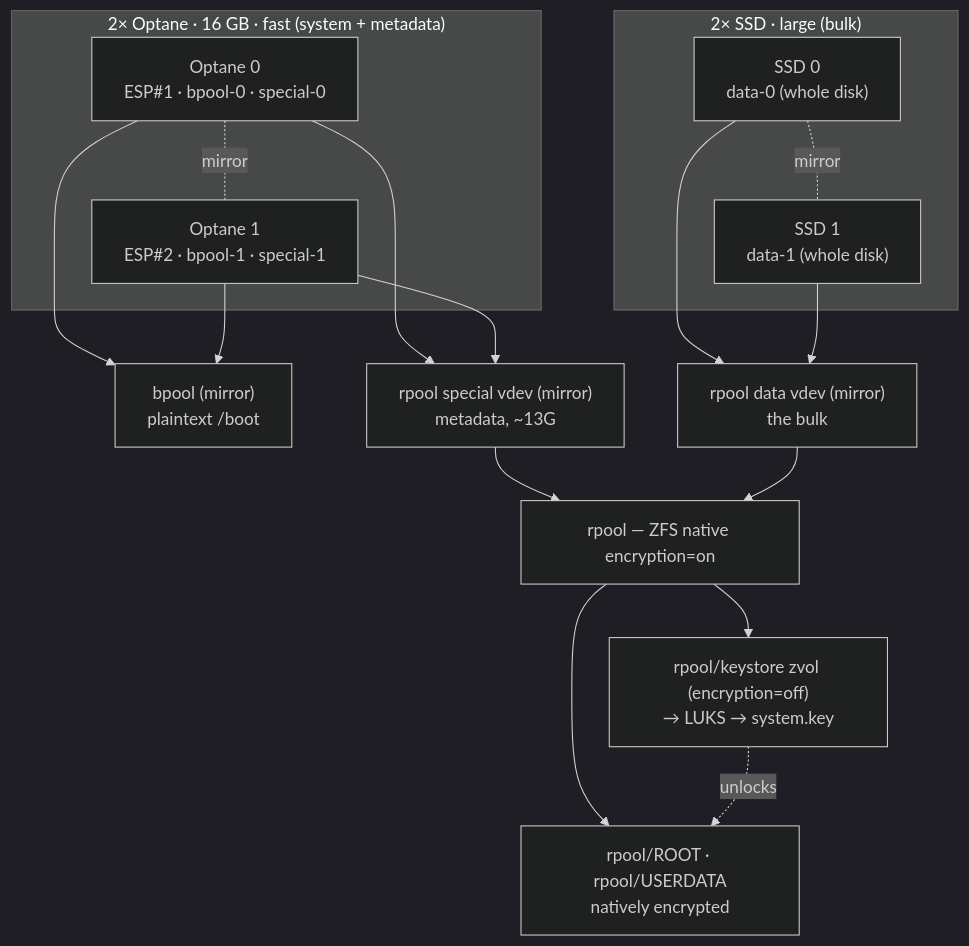
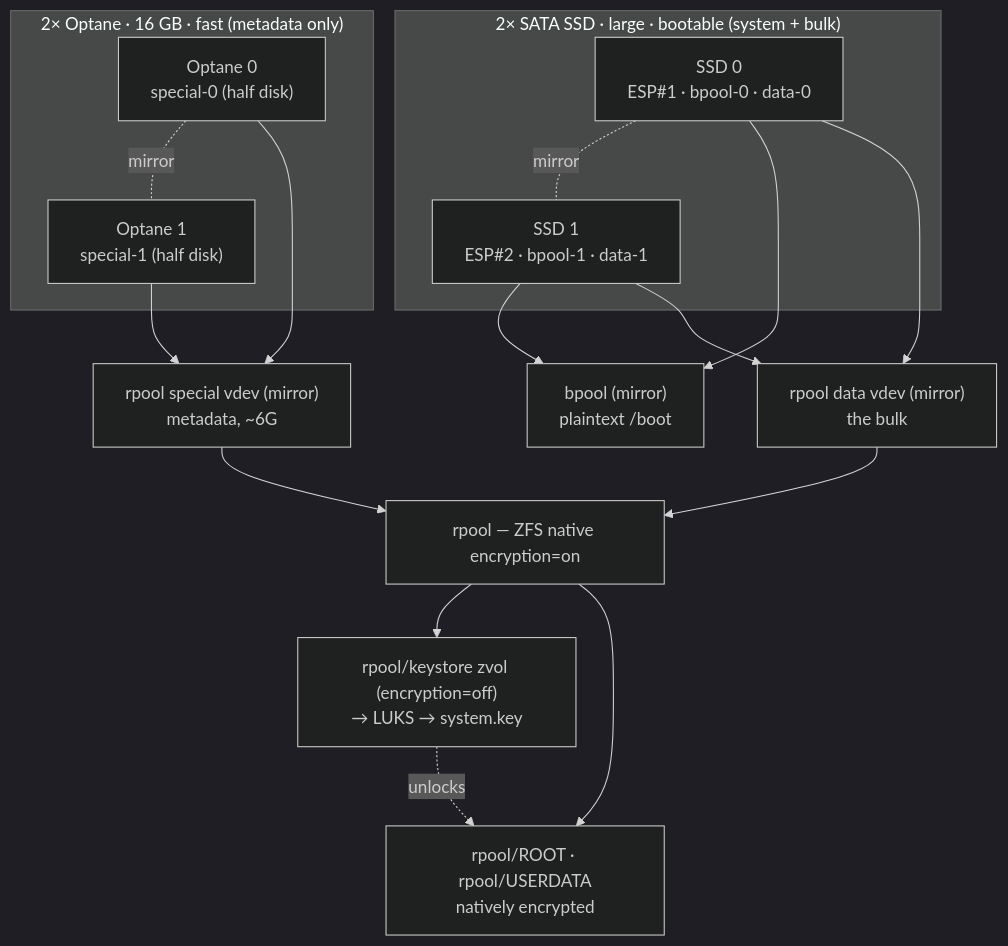
Before and after one commit to falkcorp/ubuntu-autoinstall-agent: the diagram in docs/specs/u1-zfs-native-encryption-design.md, drawn with Mermaid (dark theme). The commit also changed other lines of this file and 6 other files, not shown here.

First line of the commit message:
feat(installer): NativeKeystore boot on SATA SSD, Optane as half-disk special

````diff
--- a/docs/specs/u1-zfs-native-encryption-design.md
+++ b/docs/specs/u1-zfs-native-encryption-design.md
@@ -39,24 +47,24 @@
 ```mermaid
 graph TD
-  subgraph OPT["2× Optane · 16 GB · fast (system + metadata)"]
-    O0["Optane 0<br/>ESP#1 · bpool-0 · special-0"]
-    O1["Optane 1<br/>ESP#2 · bpool-1 · special-1"]
+  subgraph SSD["2× SATA SSD · large · bootable (system + bulk)"]
+    S0["SSD 0<br/>ESP#1 · bpool-0 · data-0"]
+    S1["SSD 1<br/>ESP#2 · bpool-1 · data-1"]
   end
-  subgraph SSD["2× SSD · large (bulk)"]
-    S0["SSD 0<br/>data-0 (whole disk)"]
-    S1["SSD 1<br/>data-1 (whole disk)"]
+  subgraph OPT["2× Optane · 16 GB · fast (metadata only)"]
+    O0["Optane 0<br/>special-0 (half disk)"]
+    O1["Optane 1<br/>special-1 (half disk)"]
   end
+  S0 -. mirror .- S1
   O0 -. mirror .- O1
-  S0 -. mirror .- S1
-  O0 --> BP["bpool (mirror)<br/>plaintext /boot"]
-  O1 --> BP
-  O0 --> SP["rpool special vdev (mirror)<br/>metadata, ~13G"]
-  O1 --> SP
+  S0 --> BP["bpool (mirror)<br/>plaintext /boot"]
+  S1 --> BP
   S0 --> DV["rpool data vdev (mirror)<br/>the bulk"]
   S1 --> DV
+  O0 --> SP["rpool special vdev (mirror)<br/>metadata, ~6G"]
+  O1 --> SP
   SP --> RP["rpool — ZFS native encryption=on"]
   DV --> RP
   RP --> KS["rpool/keystore zvol (encryption=off)<br/>→ LUKS → system.key"]
   RP --> DS["rpool/ROOT · rpool/USERDATA<br/>natively encrypted"]
   KS -. unlocks .-> DS
 ```
````
